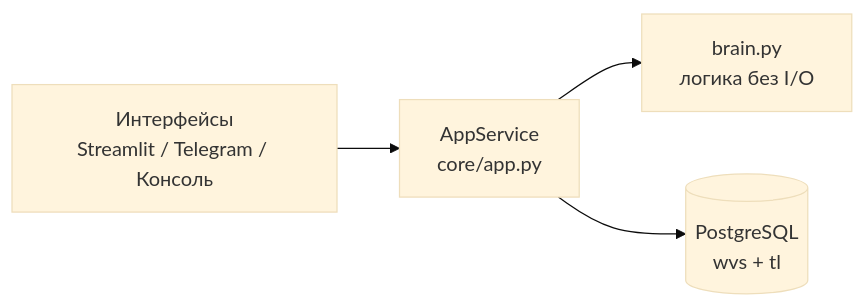
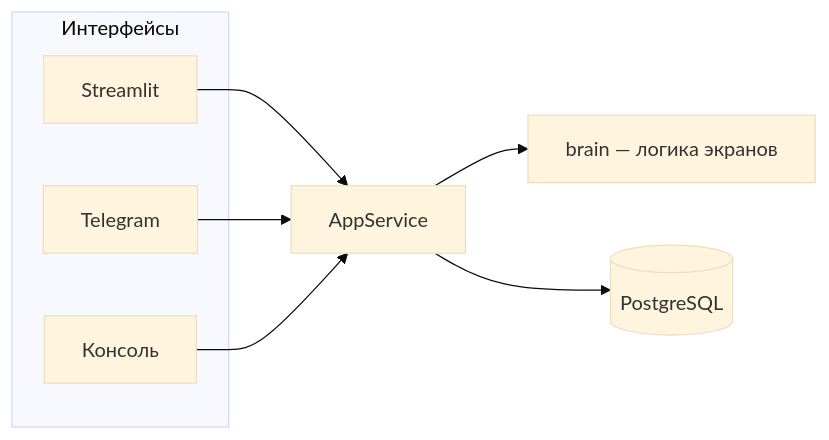
The diagram in README.md (rosolimo212/wvs_bot), drawn with Mermaid (base theme) before and after one commit. The commit also changed other lines of this file and 3 other files, not shown here.

````diff
--- a/README.md
+++ b/README.md
@@ -197,11 +144,17 @@
 ```mermaid
 flowchart LR
-    UI[Интерфейсы\nStreamlit / Telegram / Консоль]
-    APP[AppService\ncore/app.py]
-    BRAIN[brain.py\nлогика без I/O]
-    DATA[(PostgreSQL\nwvs + tl)]
+    subgraph clients [Интерфейсы]
+        S[Streamlit]
+        T[Telegram]
+        C[Консоль]
+    end
+    APP[AppService]
+    BRAIN[brain — логика экранов]
+    DB[(PostgreSQL)]
 
-    UI --> APP
+    S --> APP
+    T --> APP
+    C --> APP
     APP --> BRAIN
-    APP --> DATA
+    APP --> DB
 ```
````
